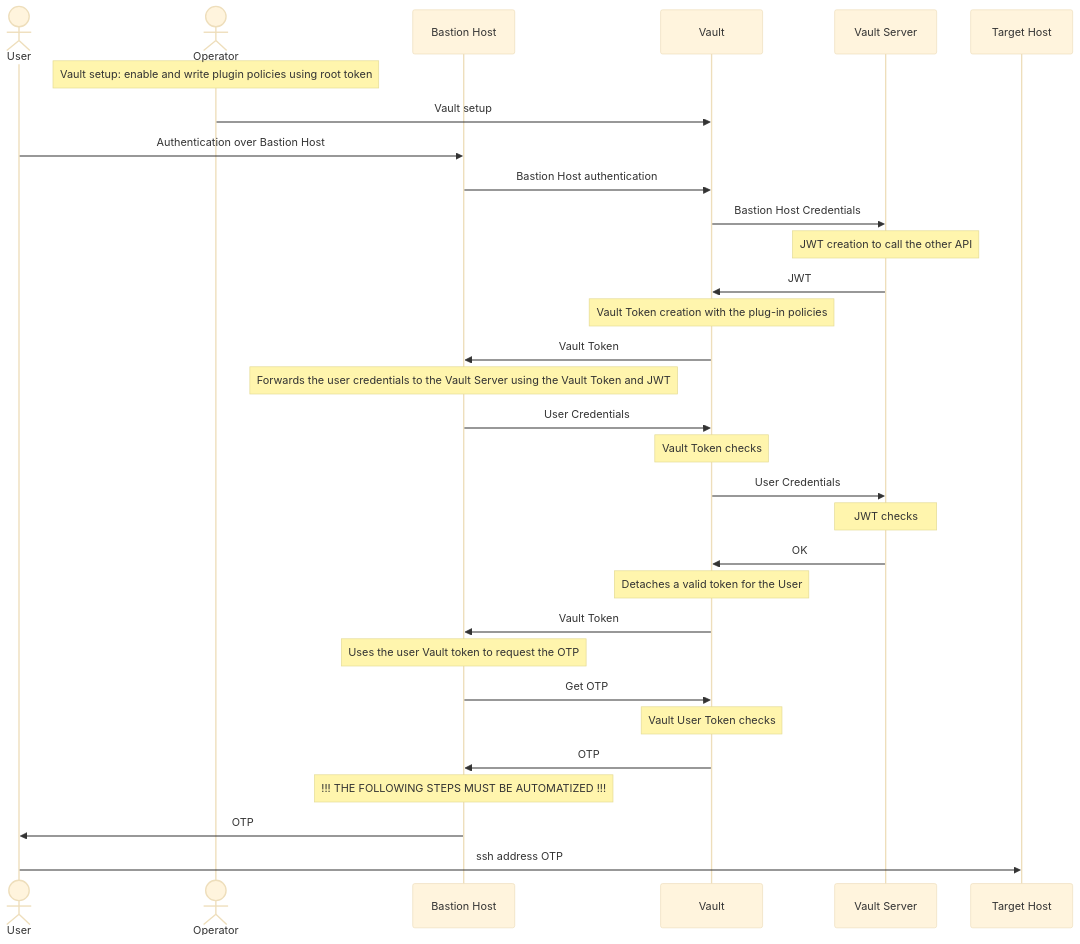
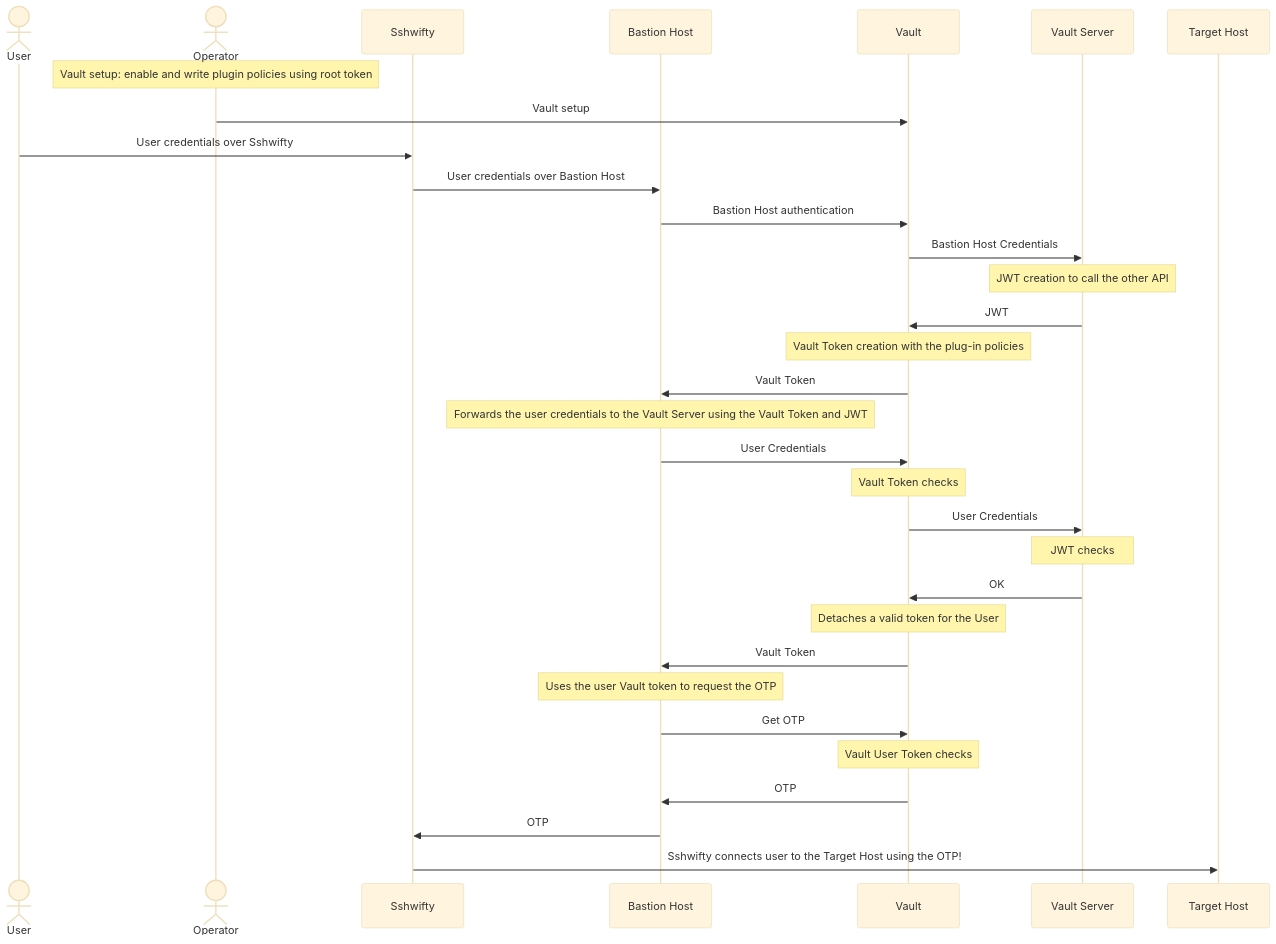
Before and after one commit to fedehsq/vault-auth-plugin: the diagram in README.md, drawn with Mermaid (base theme). The commit also changed other lines of this file and 2 other files, not shown here.

````diff
--- a/README.md
+++ b/README.md
@@ -13,34 +13,35 @@
 ```mermaid
 sequenceDiagram
     actor User
     actor Operator
+    participant Sshwifty
     participant Bastion Host
     participant Vault
     participant Vault Server
     participant Target Host
     note over Operator: Vault setup: enable and write plugin policies using root token
     Operator->>Vault: Vault setup
-    User->>Bastion Host: Authentication over Bastion Host
+    User->>Sshwifty: User credentials over Sshwifty
+    Sshwifty->>Bastion Host: User credentials over Bastion Host
     Bastion Host->>Vault: Bastion Host authentication
     Vault->>Vault Server: Bastion Host Credentials
     Note over Vault Server: JWT creation to call the other API
     Vault Server->>Vault: JWT 
     note over Vault: Vault Token creation with the plug-in policies
     Vault->>Bastion Host: Vault Token 
     note over Bastion Host: Forwards the user credentials to the Vault Server using the Vault Token and JWT
     Bastion Host->>Vault: User Credentials
     note over Vault:Vault Token checks
     Vault->>Vault Server: User Credentials
     note over Vault Server: JWT checks
     Vault Server->>Vault: OK
     note over Vault: Detaches a valid token for the User
     Vault->>Bastion Host: Vault Token
     note over Bastion Host: Uses the user Vault token to request the OTP
     Bastion Host->>Vault: Get OTP
     note over Vault:Vault User Token checks
     Vault->>Bastion Host: OTP
-    note over Bastion Host: !!! THE FOLLOWING STEPS MUST BE AUTOMATIZED !!!
-    Bastion Host->>User: OTP
-    User->>Target Host: ssh address OTP
+    Bastion Host->>Sshwifty: OTP
+    Sshwifty->>Target Host: Sshwifty connects user to the Target Host using the OTP!
 
 ```
````
